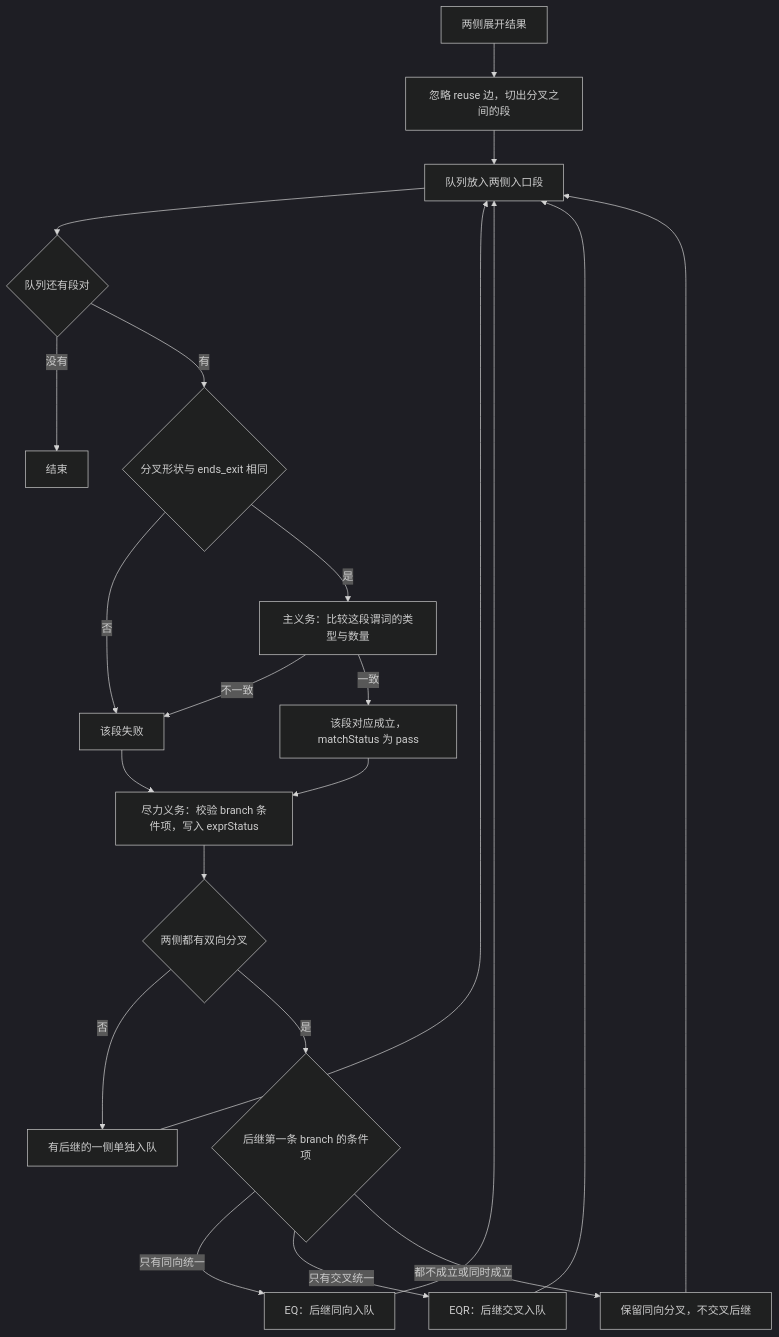
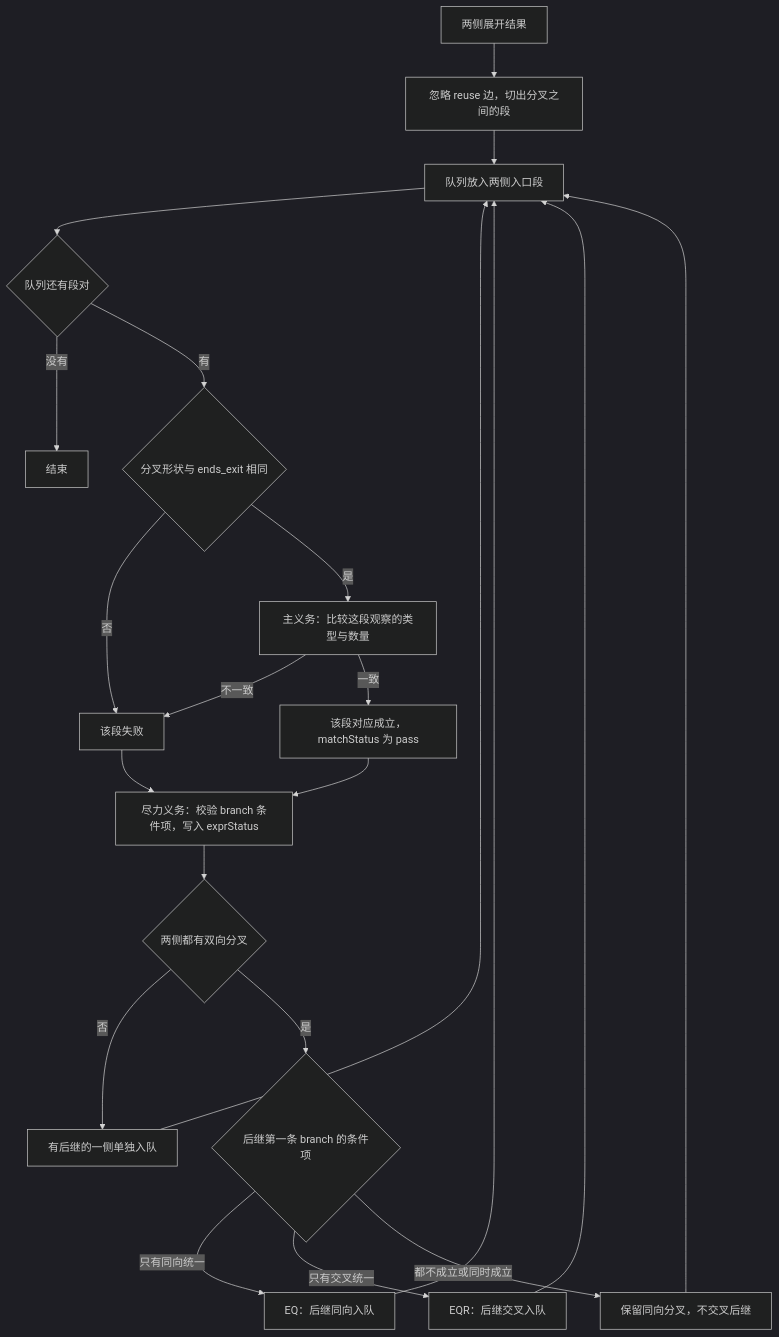
The diagram in doc/NodeInference/分支臂关联.md (nan-mu/classifier), drawn with Mermaid (dark theme) before and after one commit. The commit also changed other lines of this file and 40 other files, not shown here.

````diff
--- a/doc/NodeInference/分支臂关联.md
+++ b/doc/NodeInference/分支臂关联.md
@@ -30,24 +30,24 @@
 ```mermaid
 flowchart TD
   start[两侧展开结果] --> cut[忽略 reuse 边，切出分叉之间的段]
   cut --> queue[队列放入两侧入口段]
   queue --> more{队列还有段对}
   more -->|没有| done[结束]
   more -->|有| shape{分叉形状与 ends_exit 相同}
   shape -->|否| bad[该段失败]
-  shape -->|是| main[主义务：比较这段谓词的类型与数量]
+  shape -->|是| main[主义务：比较这段观察的类型与数量]
   main -->|不一致| bad
   main -->|一致| ok[该段对应成立，matchStatus 为 pass]
   bad --> expr
   ok --> expr[尽力义务：校验 branch 条件项，写入 exprStatus]
   expr --> fork{两侧都有双向分叉}
   fork -->|否| alone[有后继的一侧单独入队]
   fork -->|是| wire{后继第一条 branch 的条件项}
   wire -->|只有同向统一| eq[EQ：后继同向入队]
   wire -->|只有交叉统一| eqr[EQR：后继交叉入队]
   wire -->|都不成立或同时成立| keep[保留同向分叉，不交叉后继]
   eq --> queue
   eqr --> queue
   keep --> queue
   alone --> queue
 ```
````
